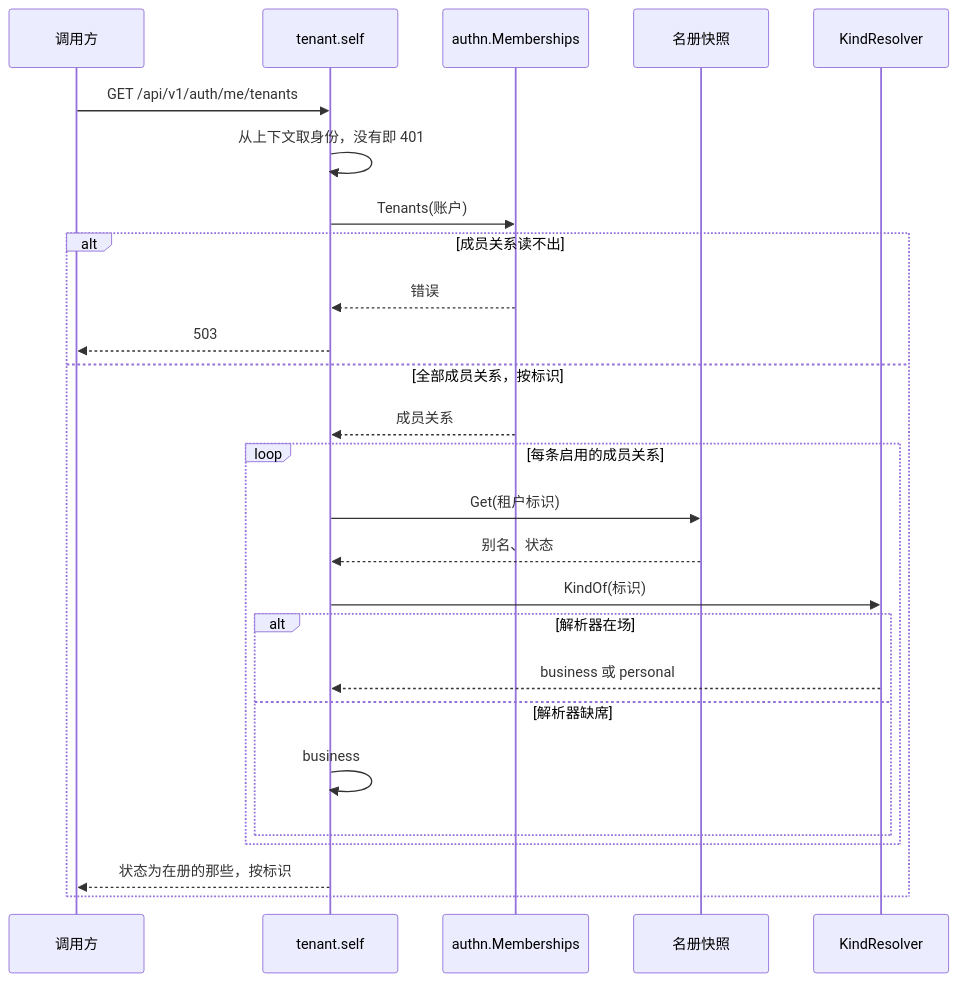
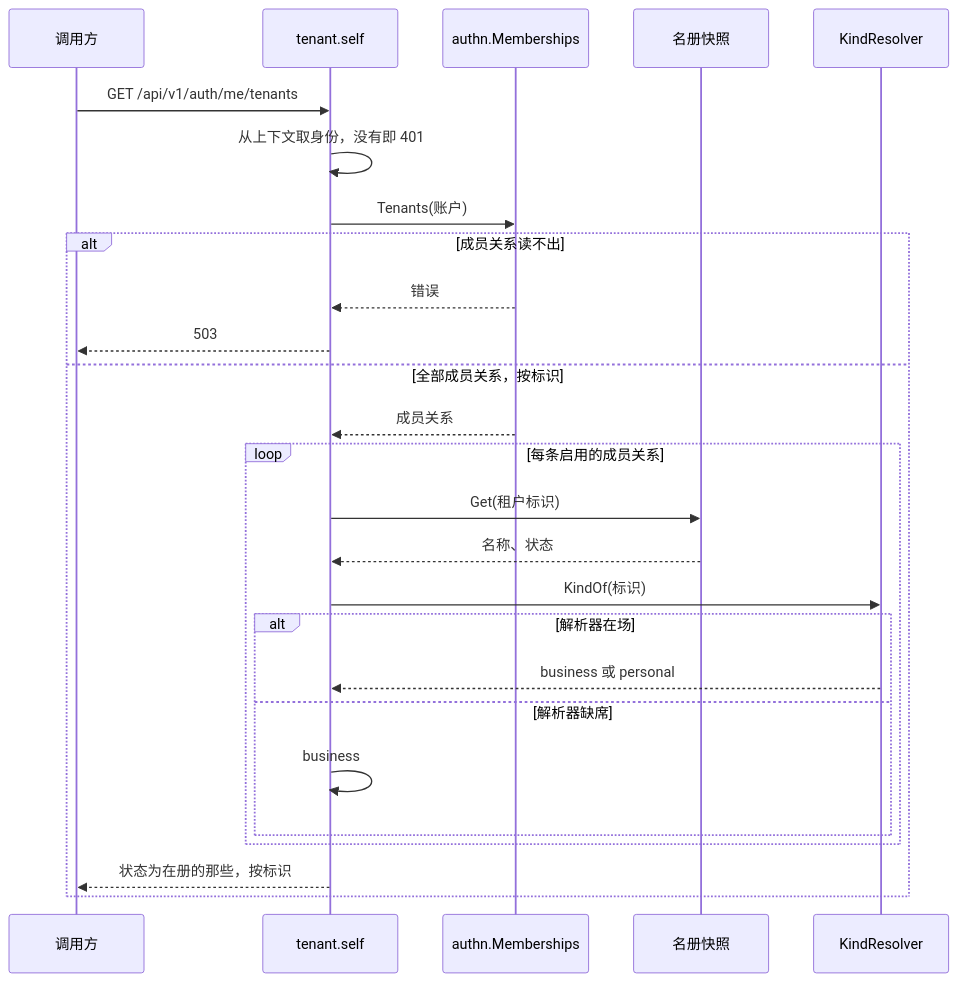
The third of 5 diagrams in docs/design/modules/tenant/design-tenant.md (wangzw/speed), drawn with Mermaid before and after one commit. The commit also changed other lines of this file and 300 other files, not shown here.

````diff
--- a/docs/design/modules/tenant/design-tenant.md
+++ b/docs/design/modules/tenant/design-tenant.md
@@ -612,29 +612,29 @@
 ```mermaid
 sequenceDiagram
     participant C as 调用方
     participant S as tenant.self
     participant M as authn.Memberships
     participant R as 名册快照
     participant K as KindResolver
 
     C->>S: GET /api/v1/auth/me/tenants
     S->>S: 从上下文取身份，没有即 401
     S->>M: Tenants(账户)
     alt 成员关系读不出
         M-->>S: 错误
         S-->>C: 503
     else 全部成员关系，按标识
         M-->>S: 成员关系
         loop 每条启用的成员关系
             S->>R: Get(租户标识)
-            R-->>S: 别名、状态
+            R-->>S: 名称、状态
             S->>K: KindOf(标识)
             alt 解析器在场
                 K-->>S: business 或 personal
             else 解析器缺席
                 S->>S: business
             end
         end
         S-->>C: 状态为在册的那些，按标识
     end
 ```
````
